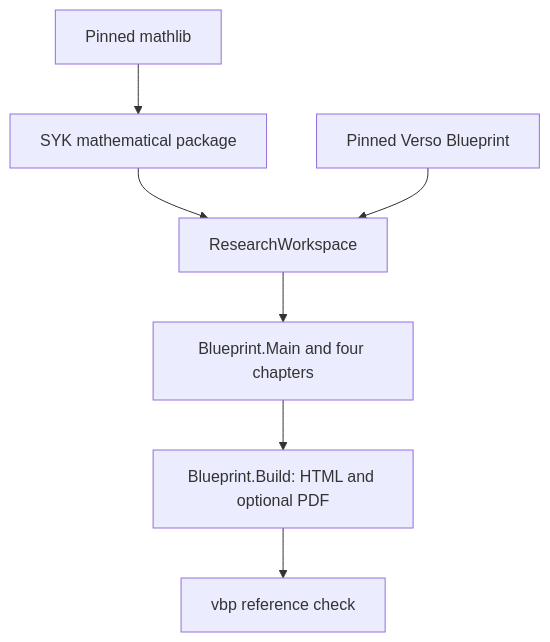
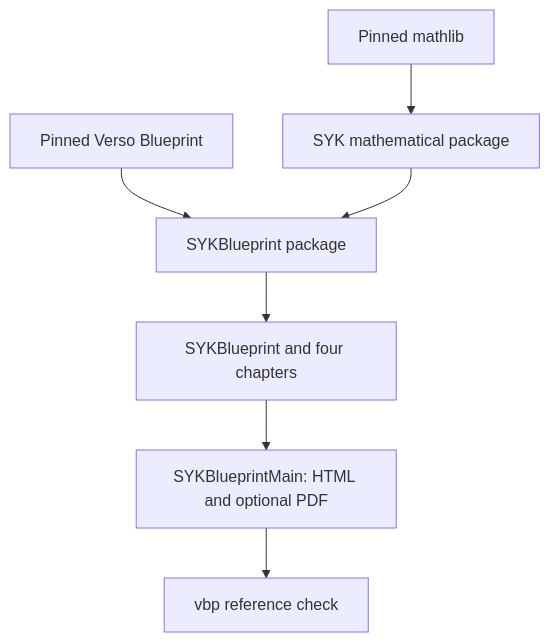
Before and after one commit to TokyoProbabilityGroup/SYK_CLT: the diagram in workspace/README.md, drawn with Mermaid. The commit also changed other lines of this file and 19 other files, not shown here.

First line of the commit message:
build: make the Blueprint a standalone Lake package

````diff
--- a/workspace/README.md
+++ b/workspace/README.md
@@ -36,9 +39,9 @@
 ```mermaid
 flowchart TD
     mathlib["Pinned mathlib"] --> math["SYK mathematical package"]
-    math --> parent["ResearchWorkspace"]
-    verso["Pinned Verso Blueprint"] --> parent
-    parent --> document["Blueprint.Main and four chapters"]
-    document --> renderer["Blueprint.Build: HTML and optional PDF"]
+    verso["Pinned Verso Blueprint"] --> blueprint["SYKBlueprint package"]
+    math --> blueprint
+    blueprint --> document["SYKBlueprint and four chapters"]
+    document --> renderer["SYKBlueprintMain: HTML and optional PDF"]
     renderer --> check["vbp reference check"]
 ```
````
